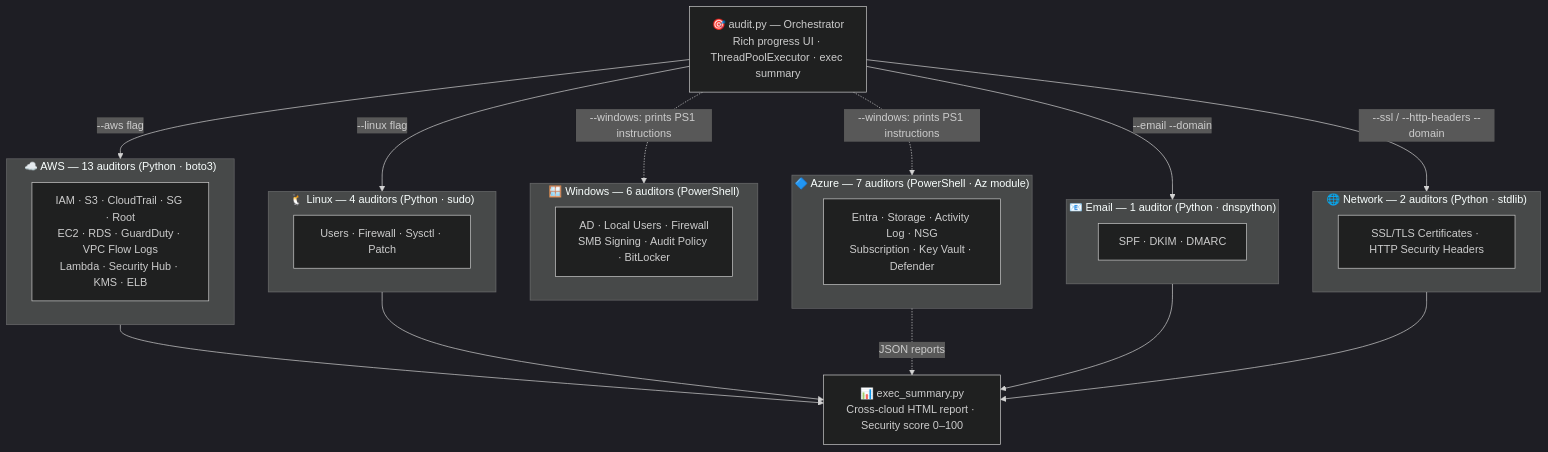
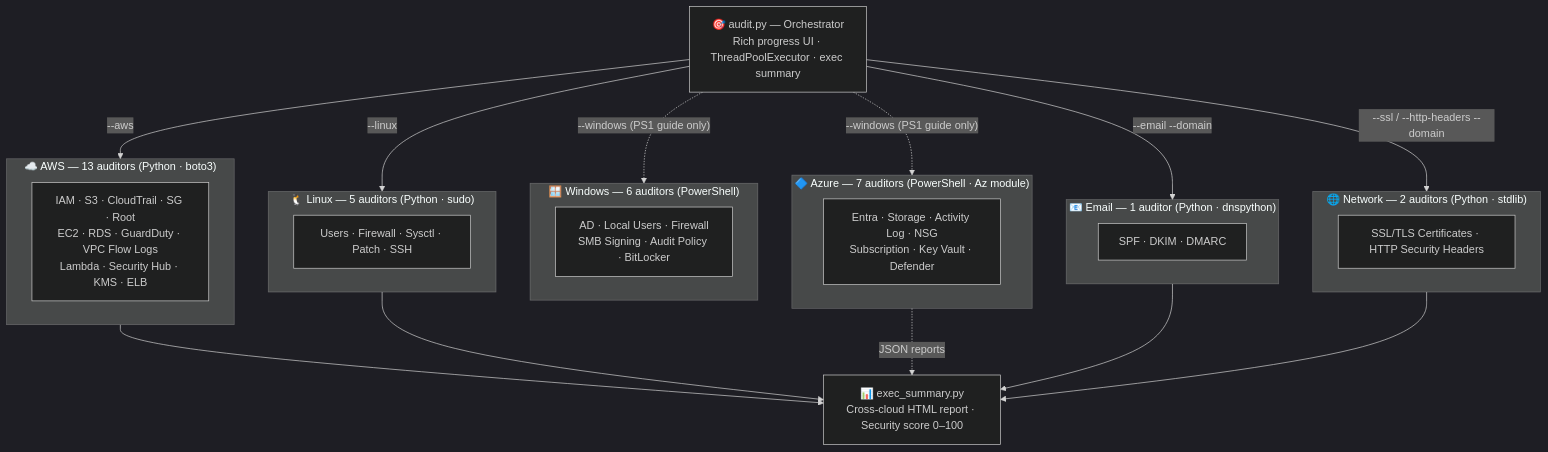
One commit to Decdd19/SecurityAuditScripts changed the diagram in README.md. Above: the diagram before and after it, drawn with Mermaid (dark theme). The commit also changed other lines of this file and 2 other files, not shown here.

Commit message:
docs: add ssh auditor README, update root and OnPrem READMEs
- Create OnPrem/Linux/linux-ssh-auditor/README.md (21-check reference)
- Root README: Linux 4->5 auditors, SSH in flowchart/tree/table, fix
  duplicate --windows flowchart label, add ssh quick-start example
- OnPrem README: add linux-ssh-auditor to tree, scripts table, quick-start

````diff
--- a/README.md
+++ b/README.md
@@ -13,41 +13,41 @@
 ```mermaid
 graph TD
     O["🎯 audit.py — Orchestrator\nRich progress UI · ThreadPoolExecutor · exec summary"]
 
     subgraph AWS["☁️ AWS  —  13 auditors  (Python · boto3)"]
         A["IAM · S3 · CloudTrail · SG · Root\nEC2 · RDS · GuardDuty · VPC Flow Logs\nLambda · Security Hub · KMS · ELB"]
     end
 
-    subgraph Linux["🐧 Linux  —  4 auditors  (Python · sudo)"]
-        L["Users · Firewall · Sysctl · Patch"]
+    subgraph Linux["🐧 Linux  —  5 auditors  (Python · sudo)"]
+        L["Users · Firewall · Sysctl · Patch · SSH"]
     end
 
     subgraph Azure["🔷 Azure  —  7 auditors  (PowerShell · Az module)"]
         AZ["Entra · Storage · Activity Log · NSG\nSubscription · Key Vault · Defender"]
     end
 
     subgraph Windows["🪟 Windows  —  6 auditors  (PowerShell)"]
         W["AD · Local Users · Firewall\nSMB Signing · Audit Policy · BitLocker"]
     end
 
     subgraph Email["📧 Email  —  1 auditor  (Python · dnspython)"]
         E["SPF · DKIM · DMARC"]
     end
 
     subgraph Network["🌐 Network  —  2 auditors  (Python · stdlib)"]
         N["SSL/TLS Certificates · HTTP Security Headers"]
     end
 
-    O -->|"--aws flag"| AWS
-    O -->|"--linux flag"| Linux
-    O -.->|"--windows: prints PS1 instructions"| Azure
-    O -.->|"--windows: prints PS1 instructions"| Windows
+    O -->|"--aws"| AWS
+    O -->|"--linux"| Linux
+    O -.->|"--windows (PS1 guide only)"| Azure
+    O -.->|"--windows (PS1 guide only)"| Windows
     O -->|"--email --domain"| Email
     O -->|"--ssl / --http-headers --domain"| Network
 
     AWS --> S["📊 exec_summary.py\nCross-cloud HTML report · Security score 0–100"]
     Linux --> S
     Azure -.->|"JSON reports"| S
     Email --> S
     Network --> S
 ```
````
